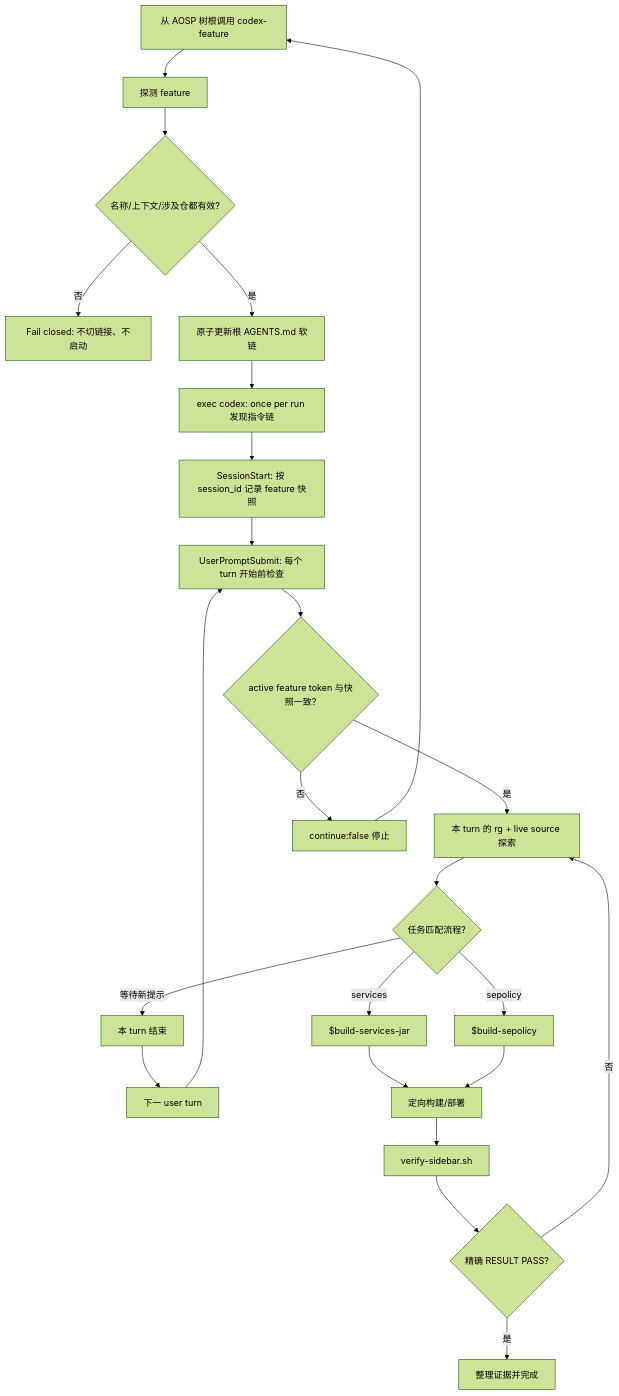
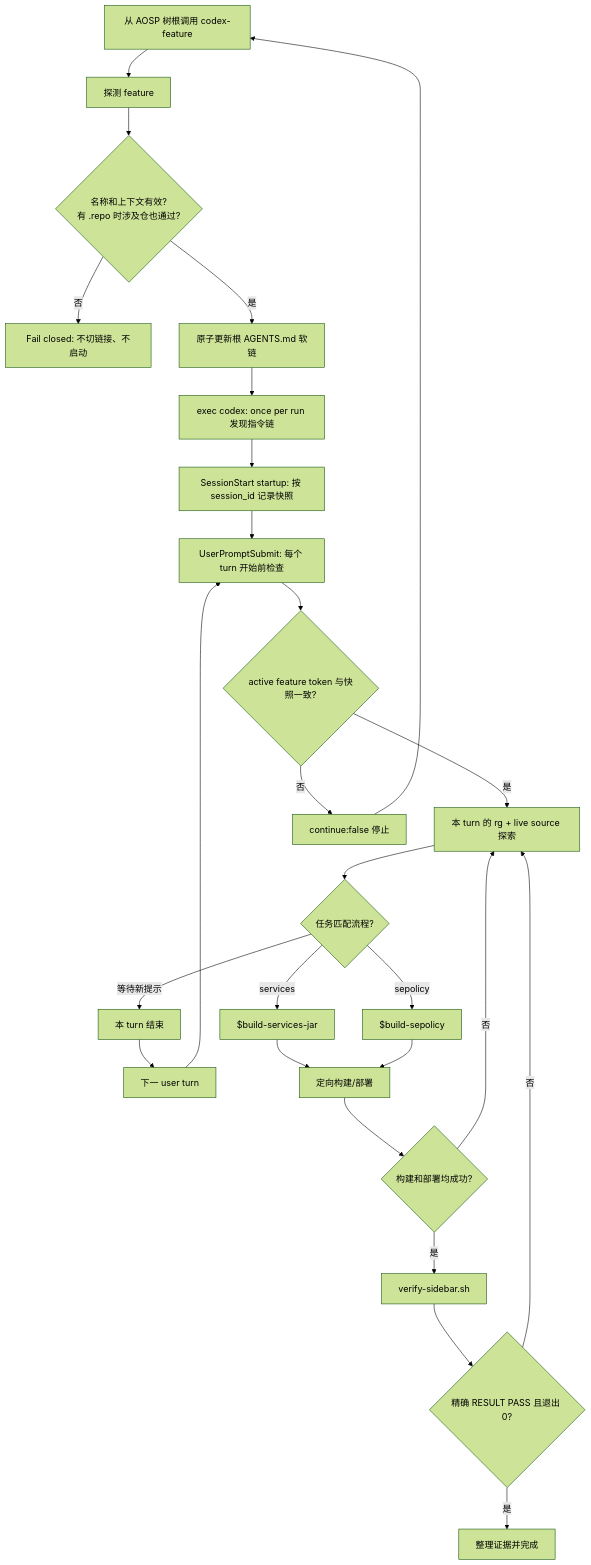
The diagram in docs/AOSP整机源码Harness工程探索-codex版.md (Elliot0215/aosp-harness-demo), drawn with Mermaid (forest theme) before and after one commit. The commit also changed other lines of this file and 23 other files, not shown here.

````diff
--- a/docs/AOSP整机源码Harness工程探索-codex版.md
+++ b/docs/AOSP整机源码Harness工程探索-codex版.md
@@ -592,27 +627,29 @@
 ```mermaid
 flowchart TD
     A[从 AOSP 树根调用 codex-feature] --> B[探测 feature]
-    B --> C{名称/上下文/涉及仓都有效?}
+    B --> C{名称和上下文有效?<br/>有 .repo 时涉及仓也通过?}
     C -- 否 --> X[Fail closed: 不切链接、不启动]
     C -- 是 --> D[原子更新根 AGENTS.md 软链]
     D --> E[exec codex: once per run 发现指令链]
-    E --> F[SessionStart: 按 session_id 记录 feature 快照]
+    E --> F[SessionStart startup: 按 session_id 记录快照]
     F --> O[UserPromptSubmit: 每个 turn 开始前检查]
     R[下一 user turn]
     R --> O
     O --> P{active feature token 与快照一致?}
     P -- 是 --> G[本 turn 的 rg + live source 探索]
     P -- 否 --> Q[continue:false 停止]
     Q --> A
     G --> H{任务匹配流程?}
     H -- services --> I[$build-services-jar]
     H -- sepolicy --> J[$build-sepolicy]
     H -- 等待新提示 --> T[本 turn 结束]
     T --> R
     I --> K[定向构建/部署]
     J --> K
-    K --> L[verify-sidebar.sh]
-    L --> M{精确 RESULT PASS?}
+    K --> V{构建和部署均成功?}
+    V -- 否 --> G
+    V -- 是 --> L[verify-sidebar.sh]
+    L --> M{精确 RESULT PASS 且退出 0?}
     M -- 否 --> G
     M -- 是 --> N[整理证据并完成]
 ```
````
